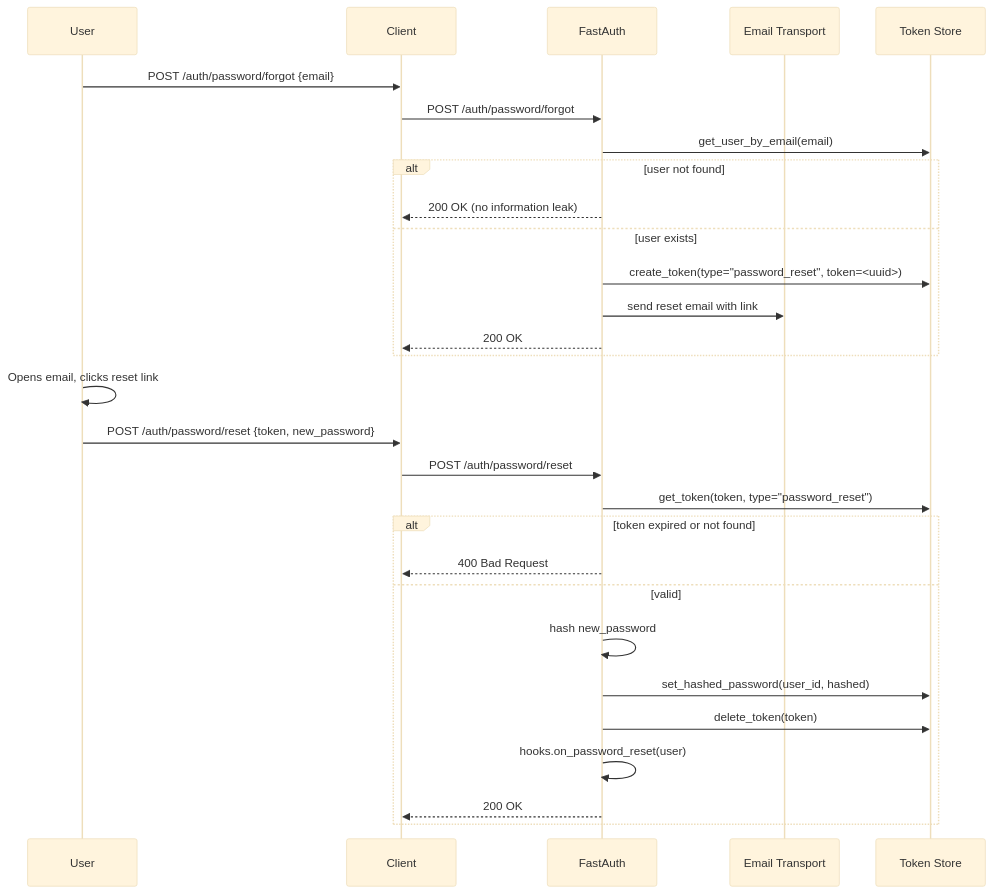
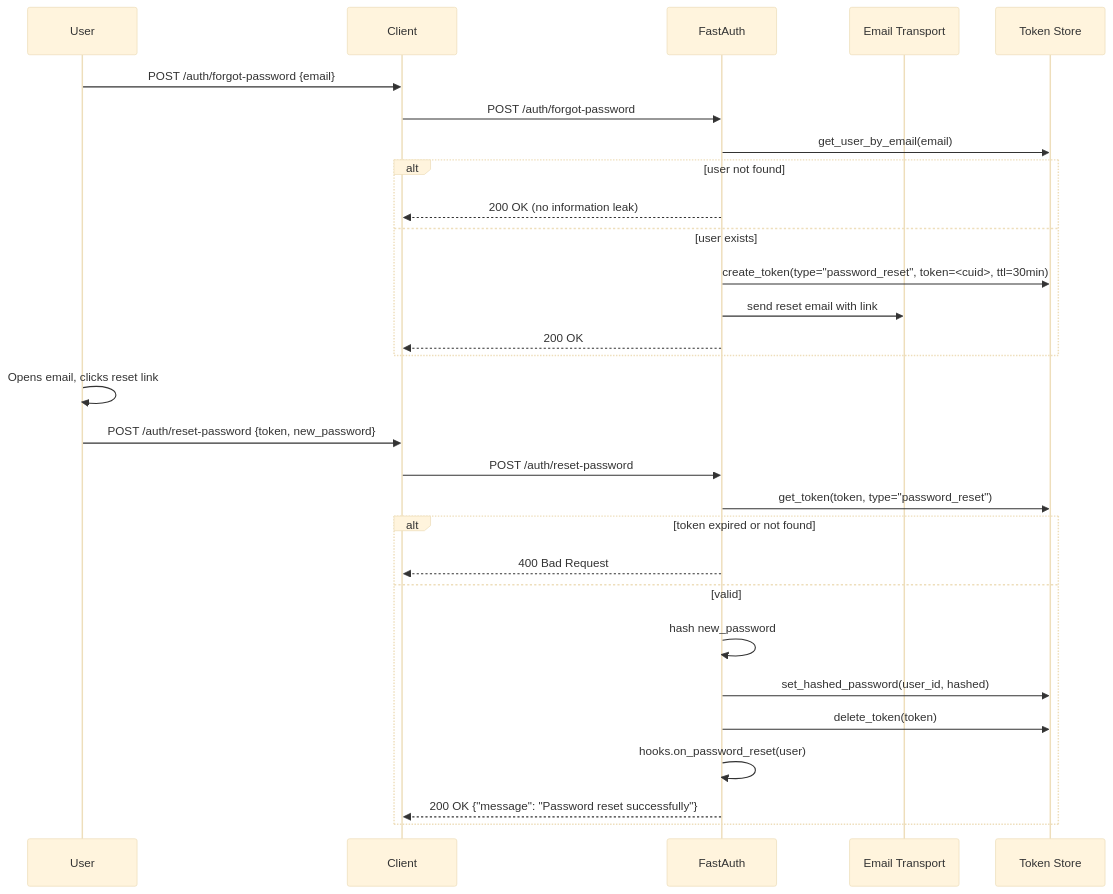
Before and after one commit to sreekarnv/fastauth: the diagram in docs/features/password-reset.md, drawn with Mermaid (base theme). The commit also changed other lines of this file and 20 other files, not shown here.

````diff
--- a/docs/features/password-reset.md
+++ b/docs/features/password-reset.md
@@ -11,33 +11,33 @@
 ```mermaid
 sequenceDiagram
     participant U as User
     participant C as Client
     participant FA as FastAuth
     participant E as Email Transport
     participant DB as Token Store
 
-    U->>C: POST /auth/password/forgot {email}
-    C->>FA: POST /auth/password/forgot
+    U->>C: POST /auth/forgot-password {email}
+    C->>FA: POST /auth/forgot-password
     FA->>DB: get_user_by_email(email)
     alt user not found
         FA-->>C: 200 OK (no information leak)
     else user exists
-        FA->>DB: create_token(type="password_reset", token=<uuid>)
+        FA->>DB: create_token(type="password_reset", token=<cuid>, ttl=30min)
         FA->>E: send reset email with link
         FA-->>C: 200 OK
     end
 
     U->>U: Opens email, clicks reset link
-    U->>C: POST /auth/password/reset {token, new_password}
-    C->>FA: POST /auth/password/reset
+    U->>C: POST /auth/reset-password {token, new_password}
+    C->>FA: POST /auth/reset-password
     FA->>DB: get_token(token, type="password_reset")
     alt token expired or not found
         FA-->>C: 400 Bad Request
     else valid
         FA->>FA: hash new_password
         FA->>DB: set_hashed_password(user_id, hashed)
         FA->>DB: delete_token(token)
         FA->>FA: hooks.on_password_reset(user)
-        FA-->>C: 200 OK
+        FA-->>C: 200 OK {"message": "Password reset successfully"}
     end
 ```
````
